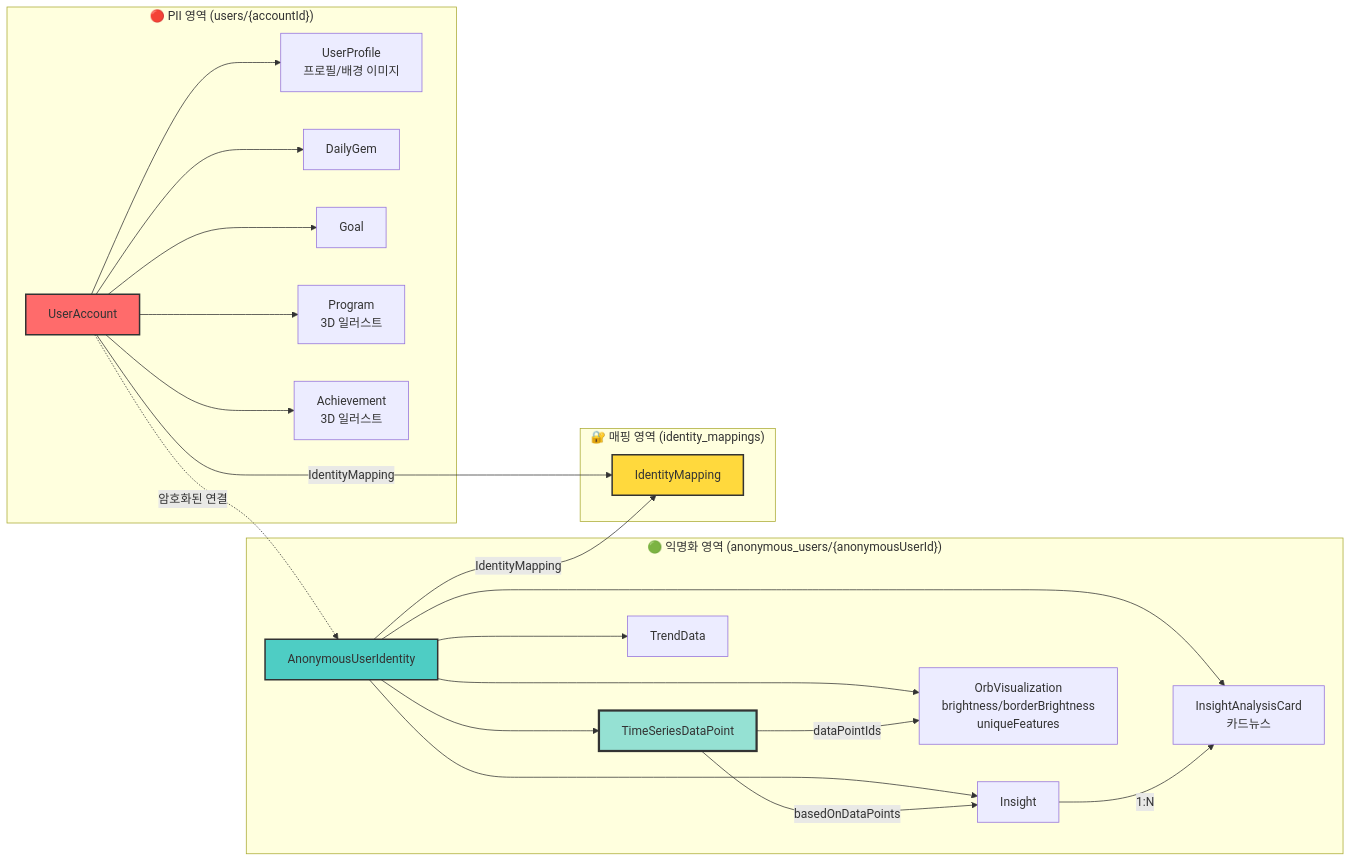
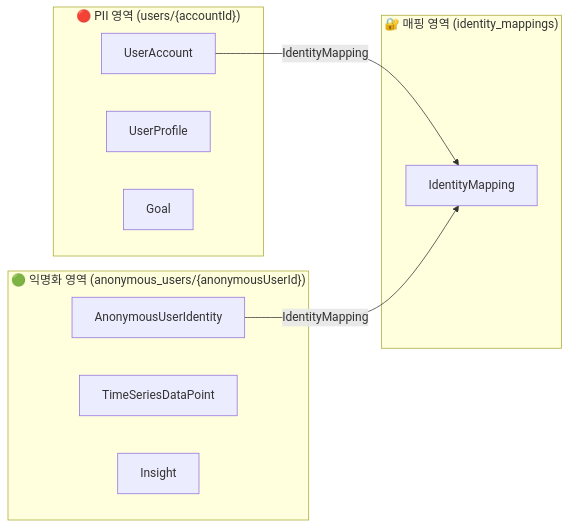
One commit to neomakes/neopip changed the first of 2 diagrams in 01_Planning/DB_MODEL_DESIGN.md. Above: the diagram before and after it, drawn with Mermaid. The commit also changed other lines of this file and 2 other files, not shown here.

````diff
--- a/01_Planning/DB_MODEL_DESIGN.md
+++ b/01_Planning/DB_MODEL_DESIGN.md
@@ -116,49 +12,21 @@
 ```mermaid
 graph LR
     subgraph PII["🔴 PII 영역 (users/{accountId})"]
         UA[UserAccount]
-        UP[UserProfile<br/>프로필/배경 이미지]
-        DG[DailyGem]
+        UP[UserProfile]
         G[Goal]
-        P[Program<br/>3D 일러스트]
-        A[Achievement<br/>3D 일러스트]
     end
     
     subgraph Anonymous["🟢 익명화 영역 (anonymous_users/{anonymousUserId})"]
         AUI[AnonymousUserIdentity]
         TSP[TimeSeriesDataPoint]
         INS[Insight]
-        OV[OrbVisualization<br/>brightness/borderBrightness<br/>uniqueFeatures]
-        TD[TrendData]
-        IAC[InsightAnalysisCard<br/>카드뉴스]
     end
     
     subgraph Mapping["🔐 매핑 영역 (identity_mappings)"]
         IM[IdentityMapping]
     end
     
     UA -->|IdentityMapping| IM
     AUI -->|IdentityMapping| IM
-    UA -.->|암호화된 연결| AUI
-    
-    UA --> UP
-    UA --> DG
-    UA --> G
-    UA --> P
-    UA --> A
-    
-    AUI --> TSP
-    AUI --> INS
-    AUI --> OV
-    AUI --> TD
-    AUI --> IAC
-    
-    TSP -->|basedOnDataPoints| INS
-    TSP -->|dataPointIds| OV
-    INS -->|1:N| IAC
-    
-    style UA fill:#ff6b6b,stroke:#333,stroke-width:2px
-    style AUI fill:#4ecdc4,stroke:#333,stroke-width:2px
-    style IM fill:#ffd93d,stroke:#333,stroke-width:2px
-    style TSP fill:#95e1d3,stroke:#333,stroke-width:3px
 ```
````
